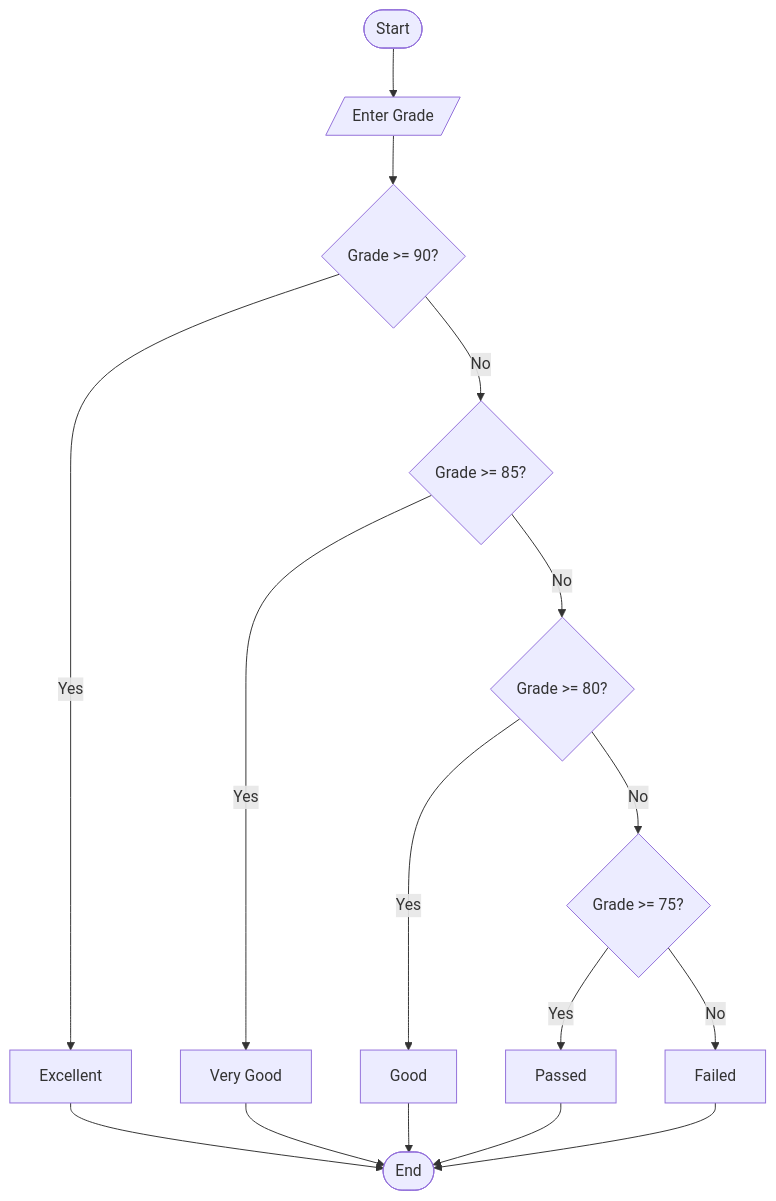
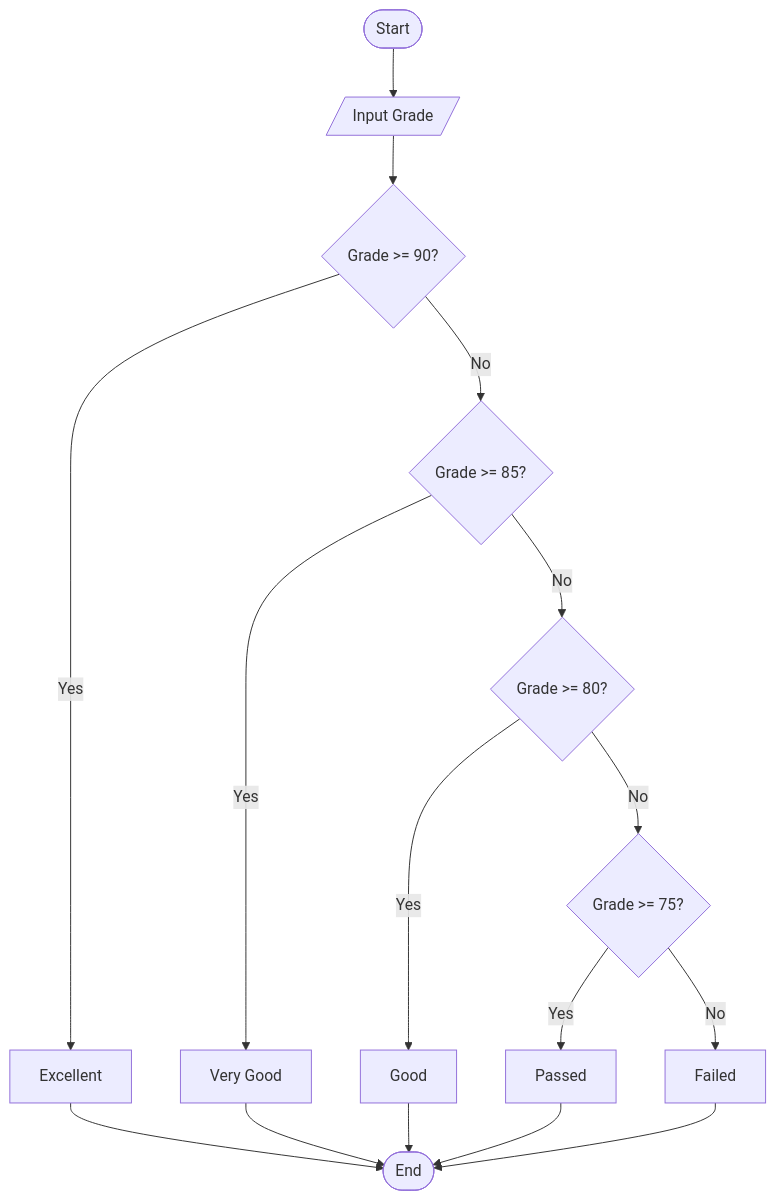
The diagram in problem1.MD (a4byv/TEST1), drawn with Mermaid before and after one commit.

````diff
--- a/problem1.MD
+++ b/problem1.MD
@@ -1,23 +1,32 @@
 ```mermaid
 flowchart TD
-    A([Start]) --> B[/Enter Grade/]
-    B --> C{Grade >= 90?}
+    A([Start])
+    B[/Input Grade/]
+    C{Grade >= 90?}
+    D[Excellent]
+    E{Grade >= 85?}
+    F[Very Good]
+    G{Grade >= 80?}
+    H[Good]
+    I{Grade >= 75?}
+    J[Passed]
+    K[Failed]
+    L([End])
 
-    C -->|Yes| D[Excellent]
-    C -->|No| E{Grade >= 85?}
+    A --> B
+    B --> C
+    C -->|Yes| D
+    C -->|No| E
+    E -->|Yes| F
+    E -->|No| G
+    G -->|Yes| H
+    G -->|No| I
+    I -->|Yes| J
+    I -->|No| K
 
-    E -->|Yes| F[Very Good]
-    E -->|No| G{Grade >= 80?}
-
-    G -->|Yes| H[Good]
-    G -->|No| I{Grade >= 75?}
-
-    I -->|Yes| J[Passed]
-    I -->|No| K[Failed]
-
-    D --> L([End])
+    D --> L
     F --> L
     H --> L
     J --> L
     K --> L
 ```
````
